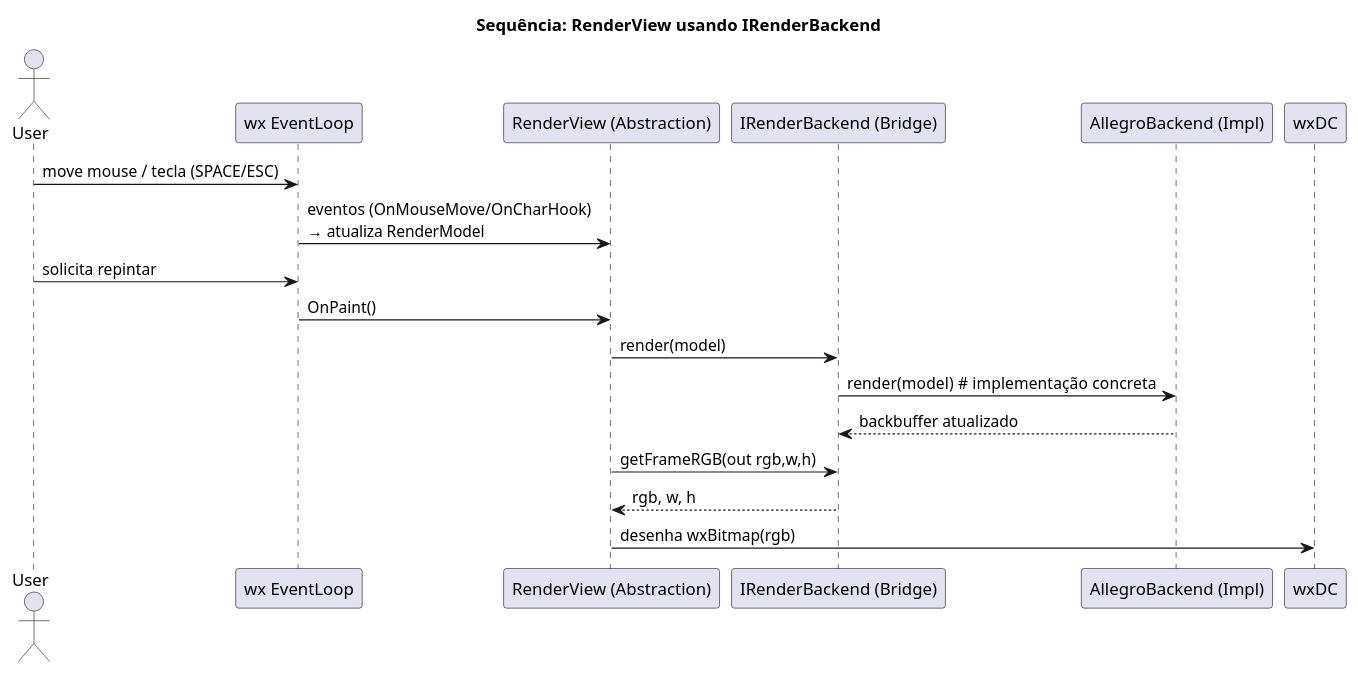
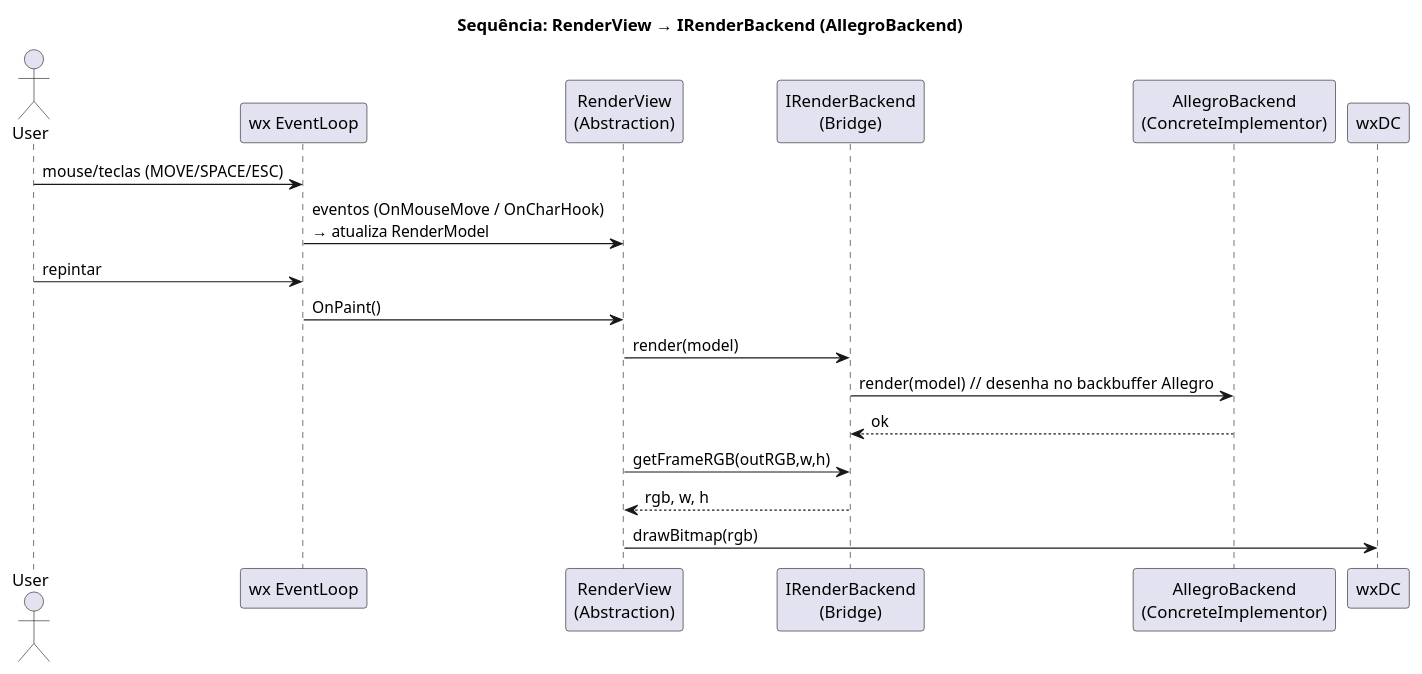
Before and after one commit to lopesivan/estudo-wxwidgets: the diagram in alegro/18-ex/seq.puml, drawn with PlantUML.

Commit message:
:style: Atualiza o estilo do arquivo alegro/18-ex/seq.puml

```diff
--- a/alegro/18-ex/seq.puml
+++ b/alegro/18-ex/seq.puml
@@ -1,21 +1,21 @@
 @startuml
-title Sequência: RenderView usando IRenderBackend
+title Sequência: RenderView → IRenderBackend (AllegroBackend)
 
 actor User
 participant "wx EventLoop" as WX
-participant "RenderView (Abstraction)" as RV
-participant "IRenderBackend (Bridge)" as IB
-participant "AllegroBackend (Impl)" as AB
+participant "RenderView\n(Abstraction)" as RV
+participant "IRenderBackend\n(Bridge)" as IB
+participant "AllegroBackend\n(ConcreteImplementor)" as AB
 participant "wxDC" as DC
 
-User -> WX : move mouse / tecla (SPACE/ESC)
-WX -> RV : eventos (OnMouseMove/OnCharHook)\n→ atualiza RenderModel
-User -> WX : solicita repintar
-WX -> RV : OnPaint()
-RV -> IB : render(model)
-IB -> AB : render(model)  # implementação concreta
-AB --> IB : backbuffer atualizado
-RV -> IB : getFrameRGB(out rgb,w,h)
+User -> WX : mouse/teclas (MOVE/SPACE/ESC)
+WX -> RV  : eventos (OnMouseMove / OnCharHook)\n→ atualiza RenderModel
+User -> WX : repintar
+WX -> RV  : OnPaint()
+RV -> IB  : render(model)
+IB -> AB  : render(model)  // desenha no backbuffer Allegro
+AB --> IB : ok
+RV -> IB  : getFrameRGB(outRGB,w,h)
 IB --> RV : rgb, w, h
-RV -> DC : desenha wxBitmap(rgb)
+RV -> DC  : drawBitmap(rgb)
 @enduml
```
